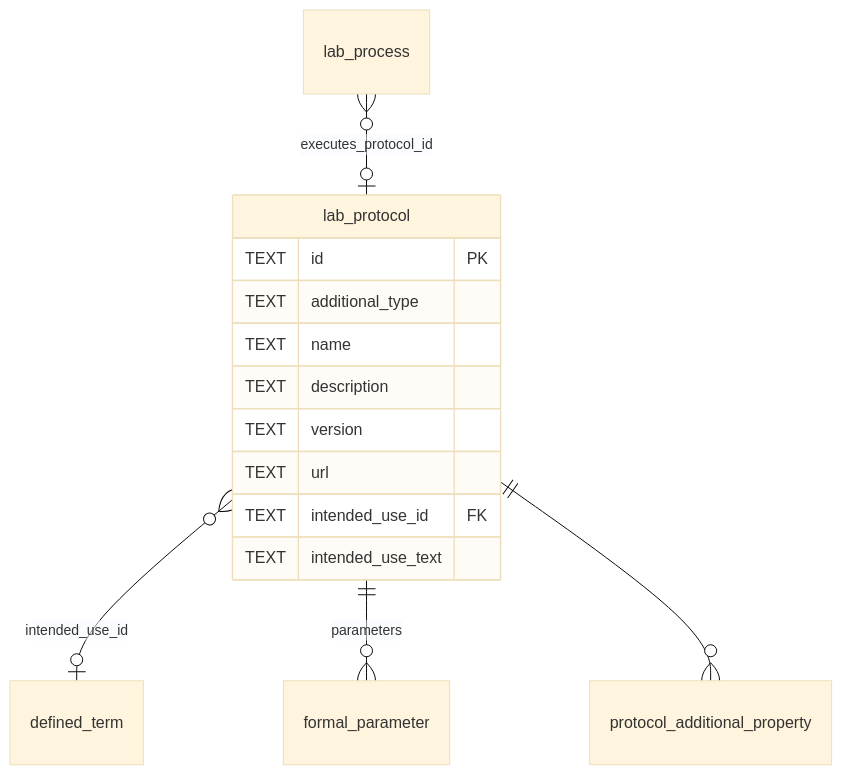
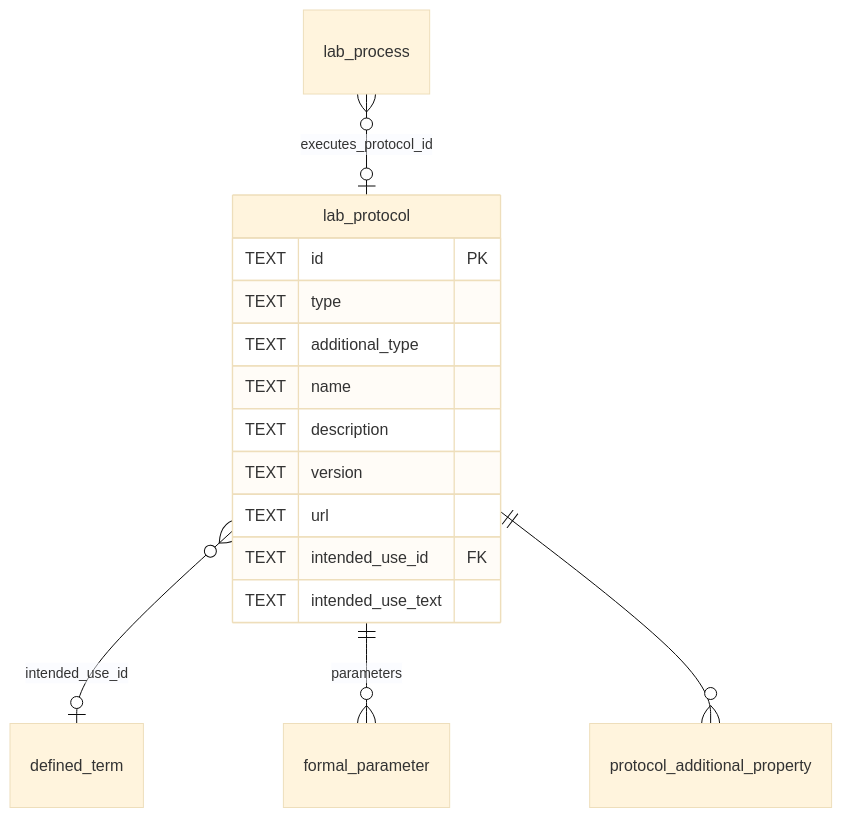
Before and after one commit to HLWeil/ProcessCore: the third of 18 diagrams in schemas/sql/design.md, drawn with Mermaid (base theme). The commit also changed other lines of this file, not shown here.

````diff
--- a/schemas/sql/design.md
+++ b/schemas/sql/design.md
@@ -100,17 +104,18 @@
 ```mermaid
 erDiagram
     lab_protocol {
         TEXT id PK
+        TEXT type
         TEXT additional_type
         TEXT name
         TEXT description
         TEXT version
         TEXT url
         TEXT intended_use_id FK
         TEXT intended_use_text
     }
     lab_protocol }o--o| defined_term : "intended_use_id"
     lab_protocol ||--o{ formal_parameter : "parameters"
     lab_protocol ||--o{ protocol_additional_property : ""
     lab_process }o--o| lab_protocol : "executes_protocol_id"
 ```
````
